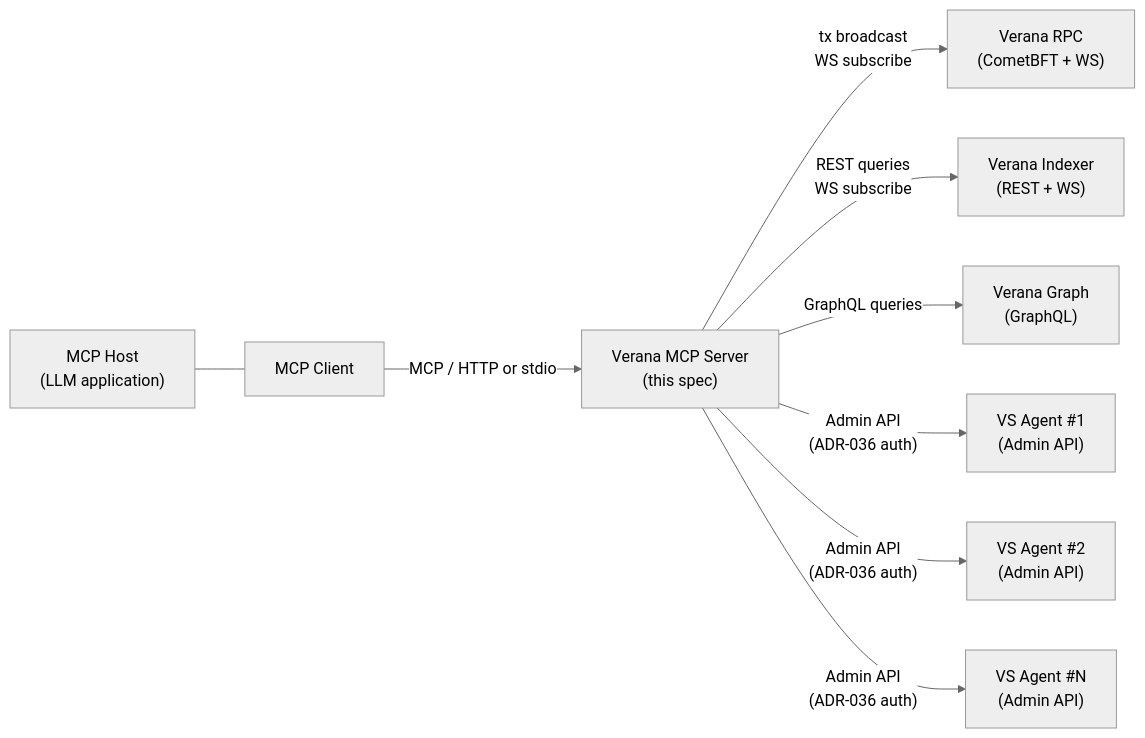
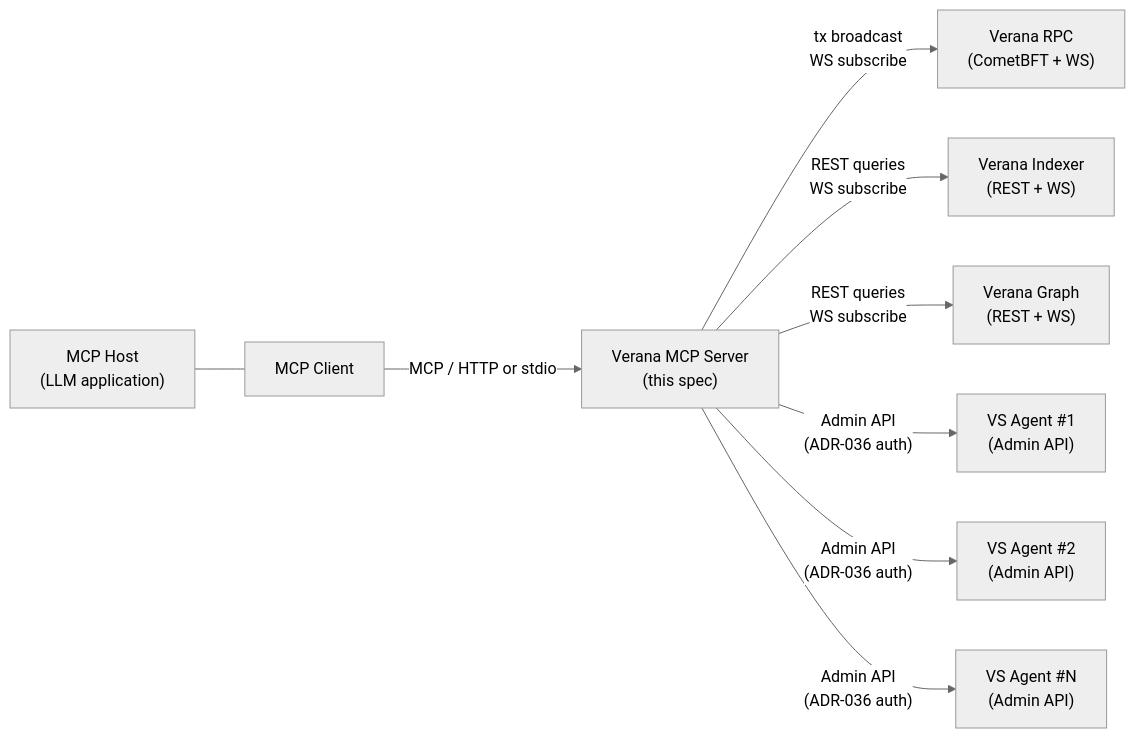
One commit to verana-labs/verana-spec changed the diagram in v4/mcp-server/spec.md. Above: the diagram before and after it, drawn with Mermaid (neutral theme). The commit also changed other lines of this file and 1 other file, not shown here.

````diff
--- a/v4/mcp-server/spec.md
+++ b/v4/mcp-server/spec.md
@@ -62,21 +62,21 @@
 ```mermaid
 flowchart LR
     HOST["MCP Host<br/>(LLM application)"]
     CLIENT["MCP Client"]
     SRV["Verana MCP Server<br/>(this spec)"]
     RPC["Verana RPC<br/>(CometBFT + WS)"]
     IDX["Verana Indexer<br/>(REST + WS)"]
-    GRAPH["Verana Graph<br/>(GraphQL)"]
+    GRAPH["Verana Graph<br/>(REST + WS)"]
     VSA1["VS Agent #1<br/>(Admin API)"]
     VSA2["VS Agent #2<br/>(Admin API)"]
     VSAN["VS Agent #N<br/>(Admin API)"]
 
     HOST --- CLIENT
     CLIENT -- "MCP / HTTP or stdio" --> SRV
     SRV -- "tx broadcast<br/>WS subscribe" --> RPC
     SRV -- "REST queries<br/>WS subscribe" --> IDX
-    SRV -- "GraphQL queries" --> GRAPH
+    SRV -- "REST queries<br/>WS subscribe" --> GRAPH
     SRV -- "Admin API<br/>(ADR-036 auth)" --> VSA1
     SRV -- "Admin API<br/>(ADR-036 auth)" --> VSA2
     SRV -- "Admin API<br/>(ADR-036 auth)" --> VSAN
 ```
````
